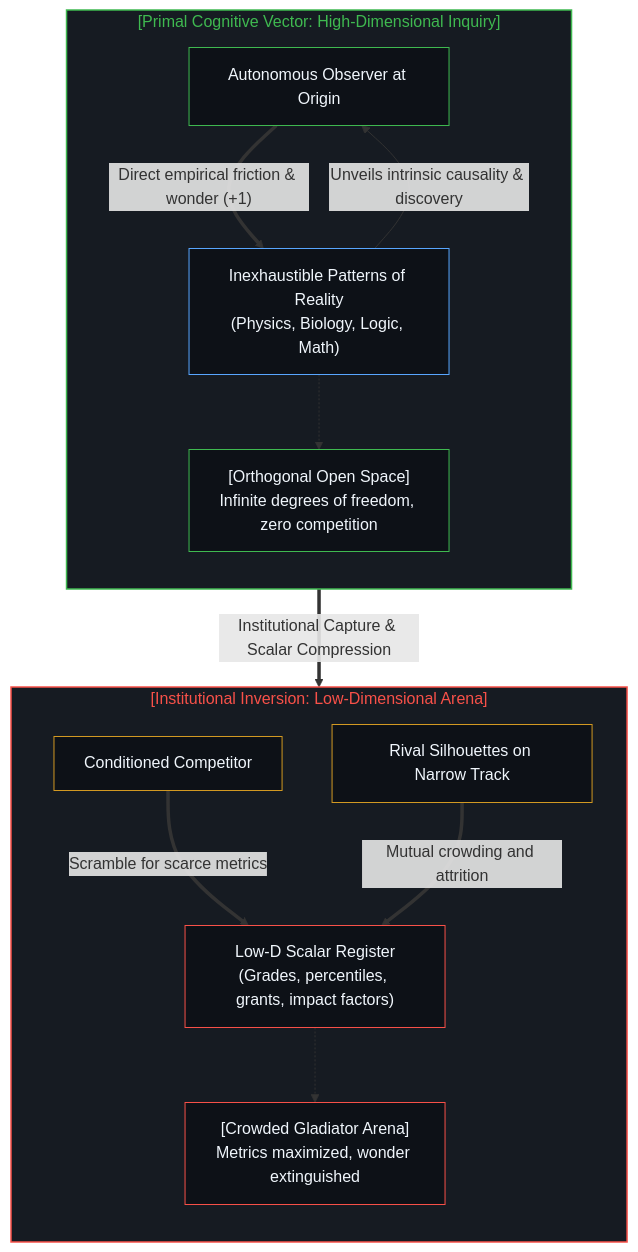
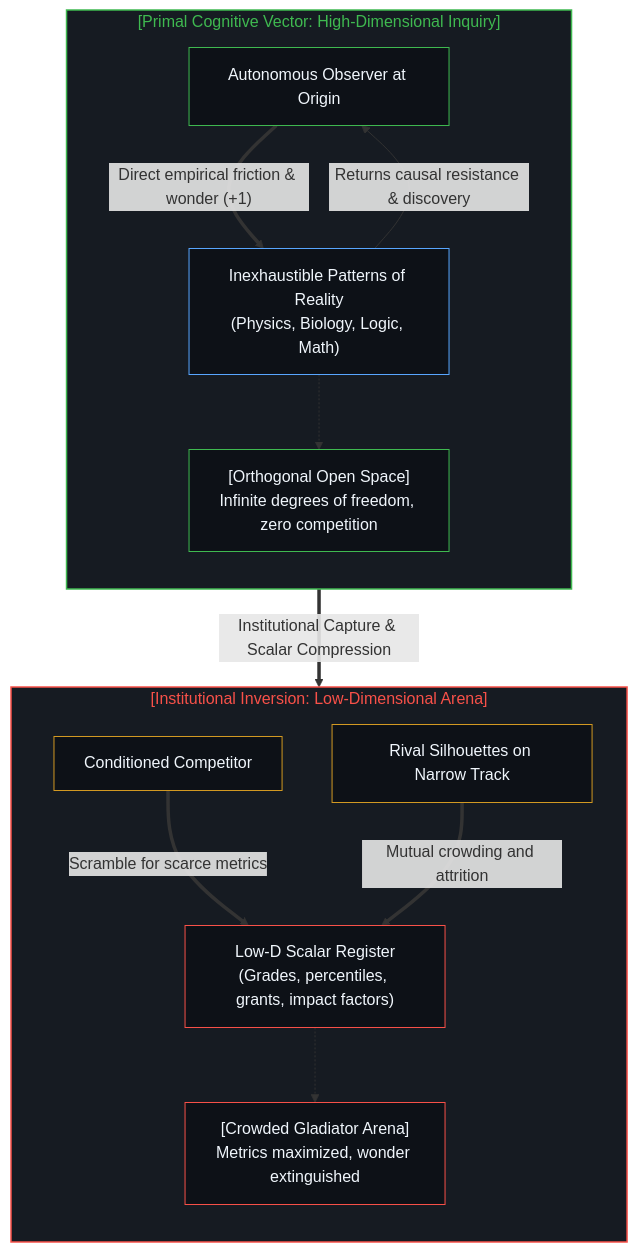
The second of 10 diagrams in content/posts/the-reversal-of-education-and-science.md (powerpig99/not-a-toe), drawn with Mermaid before and after one commit. The commit also changed other lines of this file and 2 other files, not shown here.

````diff
--- a/content/posts/the-reversal-of-education-and-science.md
+++ b/content/posts/the-reversal-of-education-and-science.md
@@ -59,35 +56,32 @@
 ```mermaid
 flowchart TD
     subgraph S_Original["[Primal Cognitive Vector: High-Dimensional Inquiry]"]
         direction TB
         Mind["Autonomous Observer at Origin"]
         Reality["Inexhaustible Patterns of Reality<br/>(Physics, Biology, Logic, Math)"]
         Space["[Orthogonal Open Space]<br/>Infinite degrees of freedom, zero competition"]
         Mind ==>|"Direct empirical friction & wonder (+1)"| Reality
-        Reality -->|"Unveils intrinsic causality & discovery"| Mind
+        Reality -->|"Returns causal resistance & discovery"| Mind
         Reality -.-> Space
     end
-
     S_Original ==>|"Institutional Capture & Scalar Compression"| S_Inverted
-
     subgraph S_Inverted["[Institutional Inversion: Low-Dimensional Arena]"]
         direction TB
         Student["Conditioned Competitor"]
         OtherPeers["Rival Silhouettes on Narrow Track"]
         Register["Low-D Scalar Register<br/>(Grades, percentiles, grants, impact factors)"]
         WarZone["[Crowded Gladiator Arena]<br/>Metrics maximized, wonder extinguished"]
         Student ==>|"Scramble for scarce metrics"| Register
         OtherPeers ==>|"Mutual crowding and attrition"| Register
         Register -.-> WarZone
     end
-
     style S_Original fill:#161b22,stroke:#3fb950,stroke-width:1.5px,color:#3fb950
     style S_Inverted fill:#161b22,stroke:#f85149,stroke-width:1.5px,color:#f85149
     style Mind fill:#0d1117,stroke:#3fb950,stroke-width:1px,color:#f0f6fc
     style Reality fill:#0d1117,stroke:#58a6ff,stroke-width:1px,color:#f0f6fc
     style Space fill:#0d1117,stroke:#3fb950,stroke-width:1px,color:#f0f6fc
     style Student fill:#0d1117,stroke:#d29922,stroke-width:1px,color:#f0f6fc
     style OtherPeers fill:#0d1117,stroke:#d29922,stroke-width:1px,color:#f0f6fc
     style Register fill:#0d1117,stroke:#f85149,stroke-width:1px,color:#f0f6fc
     style WarZone fill:#0d1117,stroke:#f85149,stroke-width:1px,color:#f0f6fc
 ```
````
